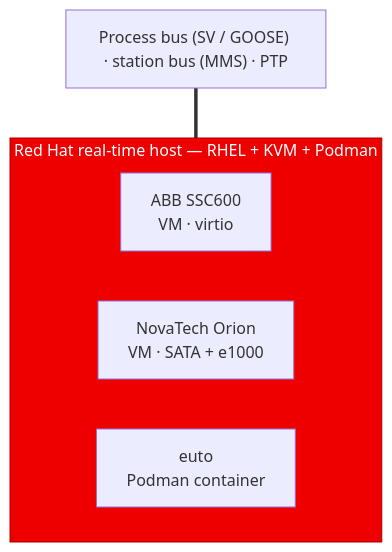
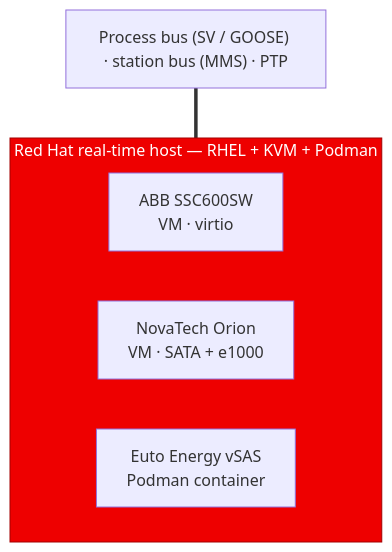
One commit to RedHatEdge/virtual-protection changed the third of 3 diagrams in REFERENCE-ARCHITECTURE.md. Above: the diagram before and after it, drawn with Mermaid. The commit also changed other lines of this file, not shown here.

````diff
--- a/REFERENCE-ARCHITECTURE.md
+++ b/REFERENCE-ARCHITECTURE.md
@@ -86,16 +86,16 @@
 ```mermaid
 flowchart TB
     BUS["Process bus (SV / GOOSE) · station bus (MMS) · PTP"]
 
     subgraph HOST["Red Hat real-time host — RHEL + KVM + Podman"]
         direction LR
-        SSC["ABB SSC600<br/>VM · virtio"]
+        SSC["ABB SSC600SW<br/>VM · virtio"]
         ORION["NovaTech Orion<br/>VM · SATA + e1000"]
-        EUTO["euto<br/>Podman container"]
+        EUTO["Euto Energy vSAS<br/>Podman container"]
     end
 
     BUS === HOST
 
     classDef rh fill:#ee0000,stroke:#a30000,color:#fff;
     class HOST rh;
 ```
````
